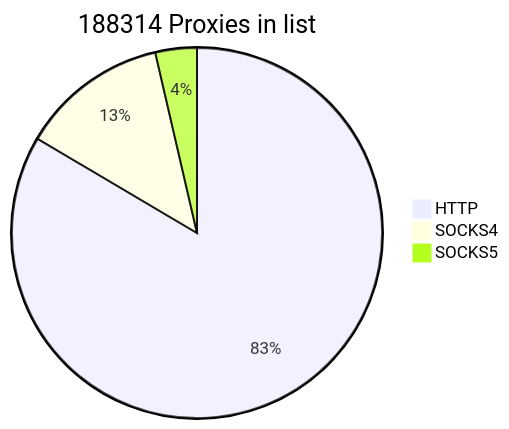
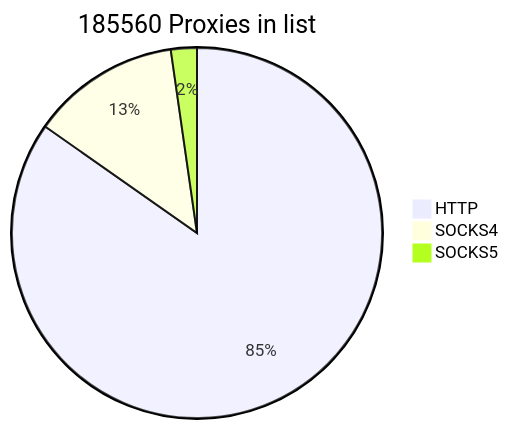
Before and after one commit to cutipu/proxylist: the first of 2 diagrams in README.md, drawn with Mermaid. The commit also changed other lines of this file, not shown here.

````diff
--- a/README.md
+++ b/README.md
@@ -2,7 +2,7 @@
 ```mermaid
-pie title 188314 Proxies in list
-    "HTTP" : 157231
-    "SOCKS4" : 24267
-    "SOCKS5" : 6816
+pie title 185560 Proxies in list
+    "HTTP" : 157230
+    "SOCKS4" : 24123
+    "SOCKS5" : 4207
             
 ```
````
